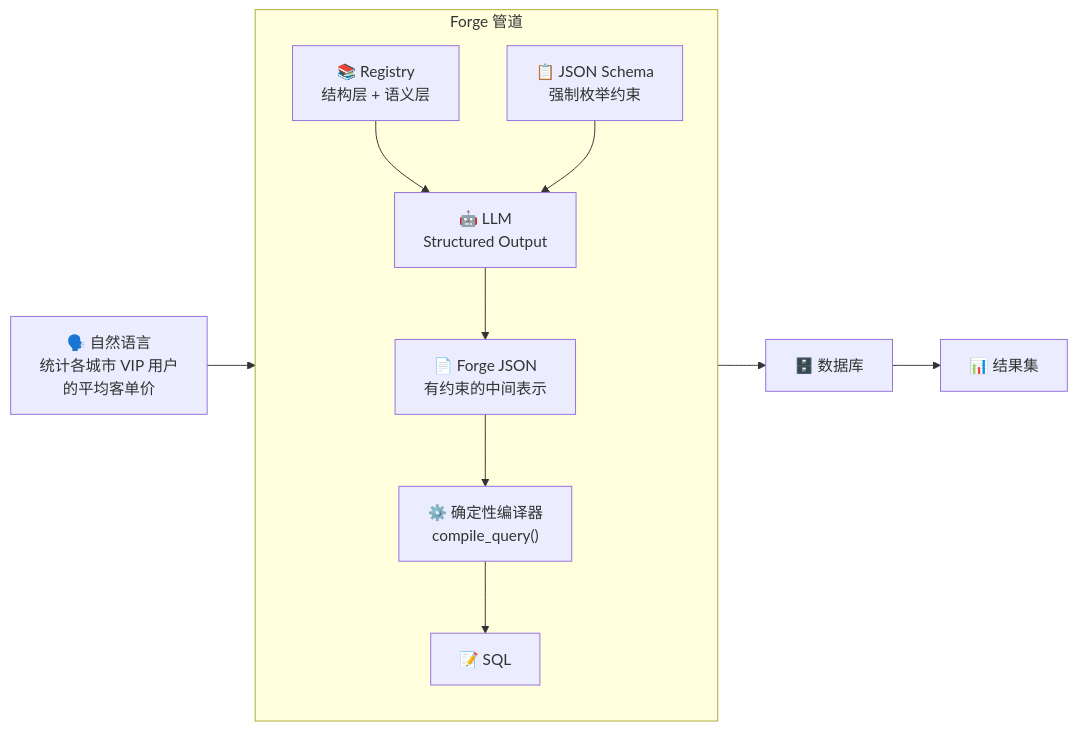
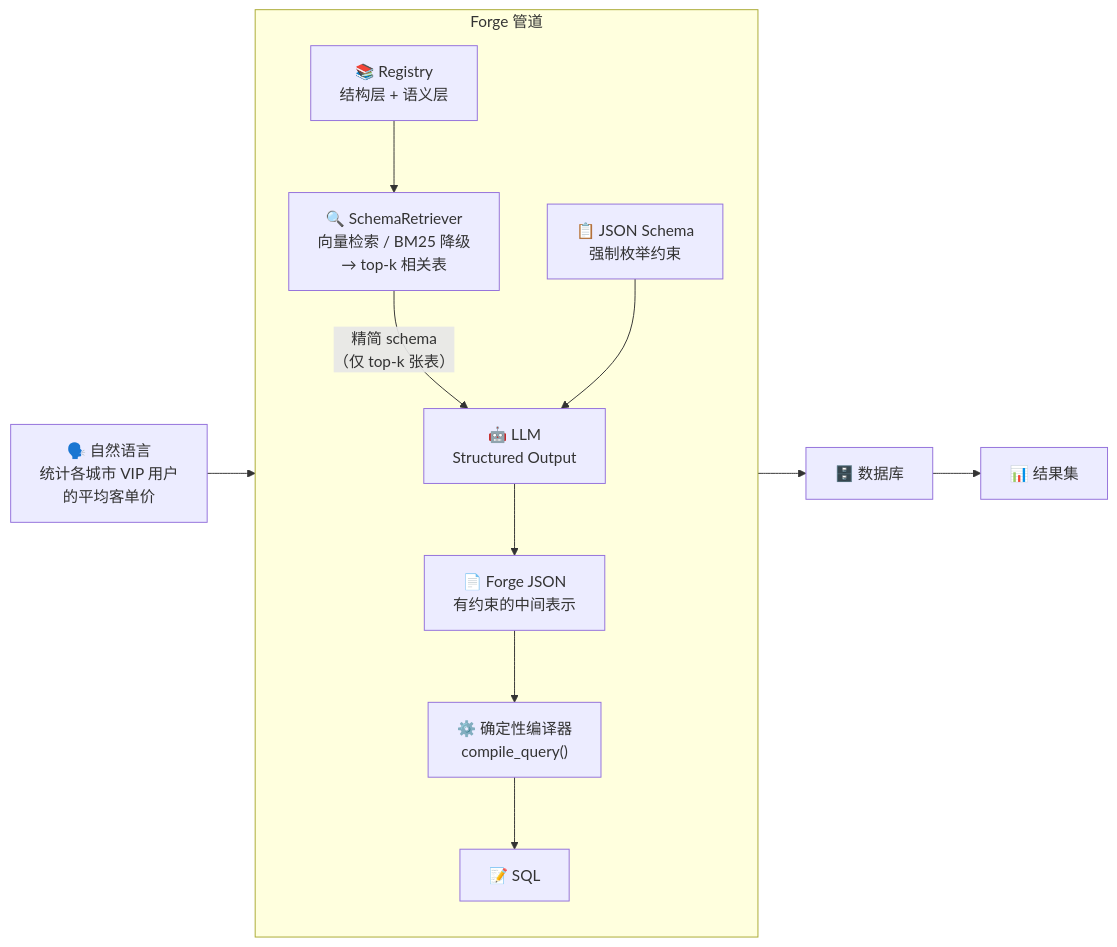
Before and after one commit to shisuidata/Forge: the first of 3 diagrams in README.md, drawn with Mermaid. The commit also changed other lines of this file and 1 other file, not shown here.

````diff
--- a/README.md
+++ b/README.md
@@ -121,26 +121,28 @@
 ```mermaid
 flowchart LR
     NL["🗣️ 自然语言<br/>统计各城市 VIP 用户<br/>的平均客单价"]
 
     subgraph forge["Forge 管道"]
         direction TB
         REG["📚 Registry<br/>结构层 + 语义层"]
+        RETRIEVER["🔍 SchemaRetriever<br/>向量检索 / BM25 降级<br/>→ top-k 相关表"]
         SCHEMA["📋 JSON Schema<br/>强制枚举约束"]
         LLM["🤖 LLM<br/>Structured Output"]
         JSON["📄 Forge JSON<br/>有约束的中间表示"]
         COMPILER["⚙️ 确定性编译器<br/>compile_query()"]
         SQL["📝 SQL"]
     end
 
     DB["🗄️ 数据库"]
     RESULT["📊 结果集"]
 
-    NL --> LLM
-    REG --> LLM
+    NL --> RETRIEVER
+    REG --> RETRIEVER
+    RETRIEVER -->|"精简 schema<br/>（仅 top-k 张表）"| LLM
     SCHEMA --> LLM
     LLM --> JSON
     JSON --> COMPILER
     COMPILER --> SQL
     SQL --> DB
     DB --> RESULT
 ```
````
